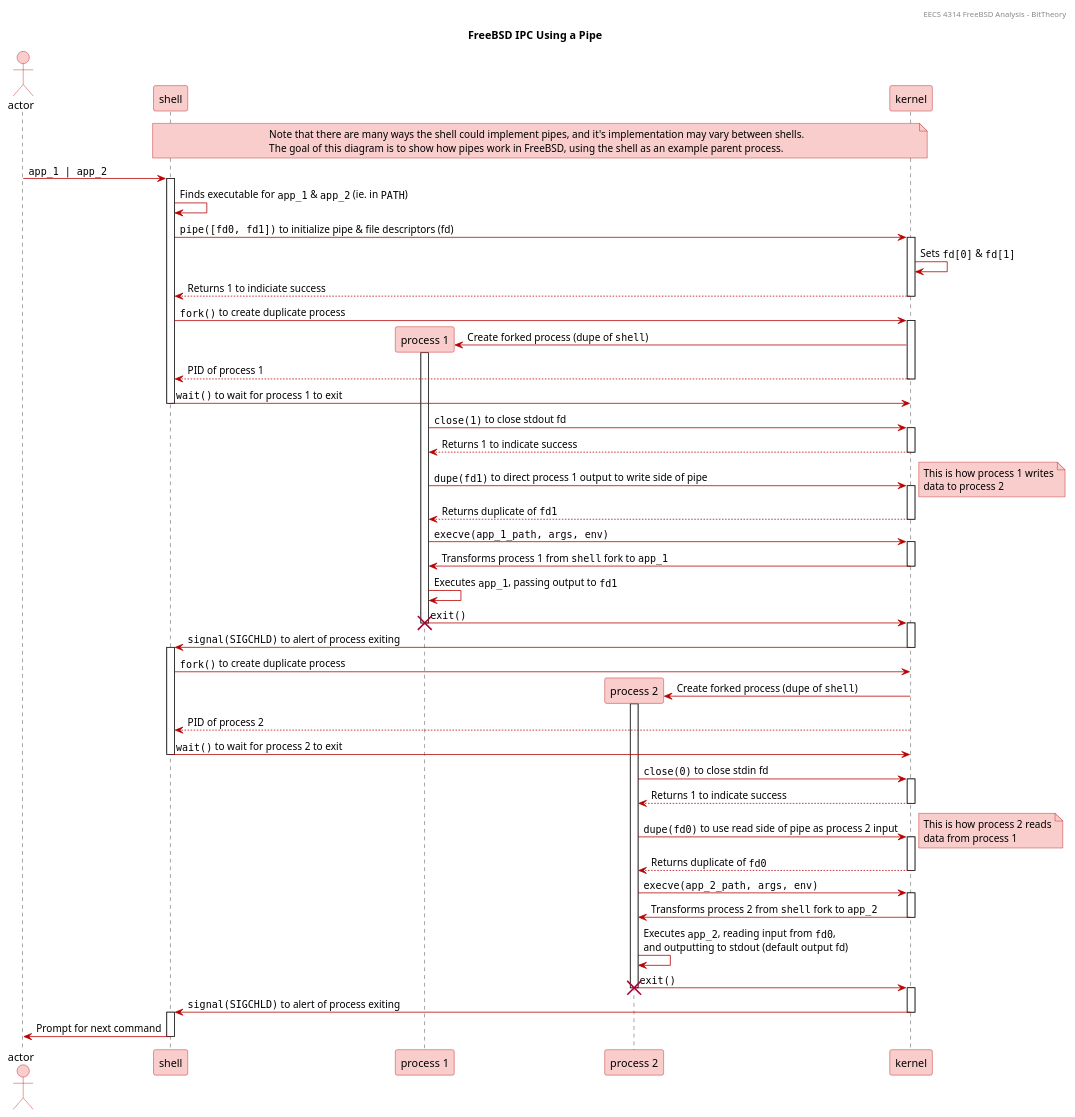
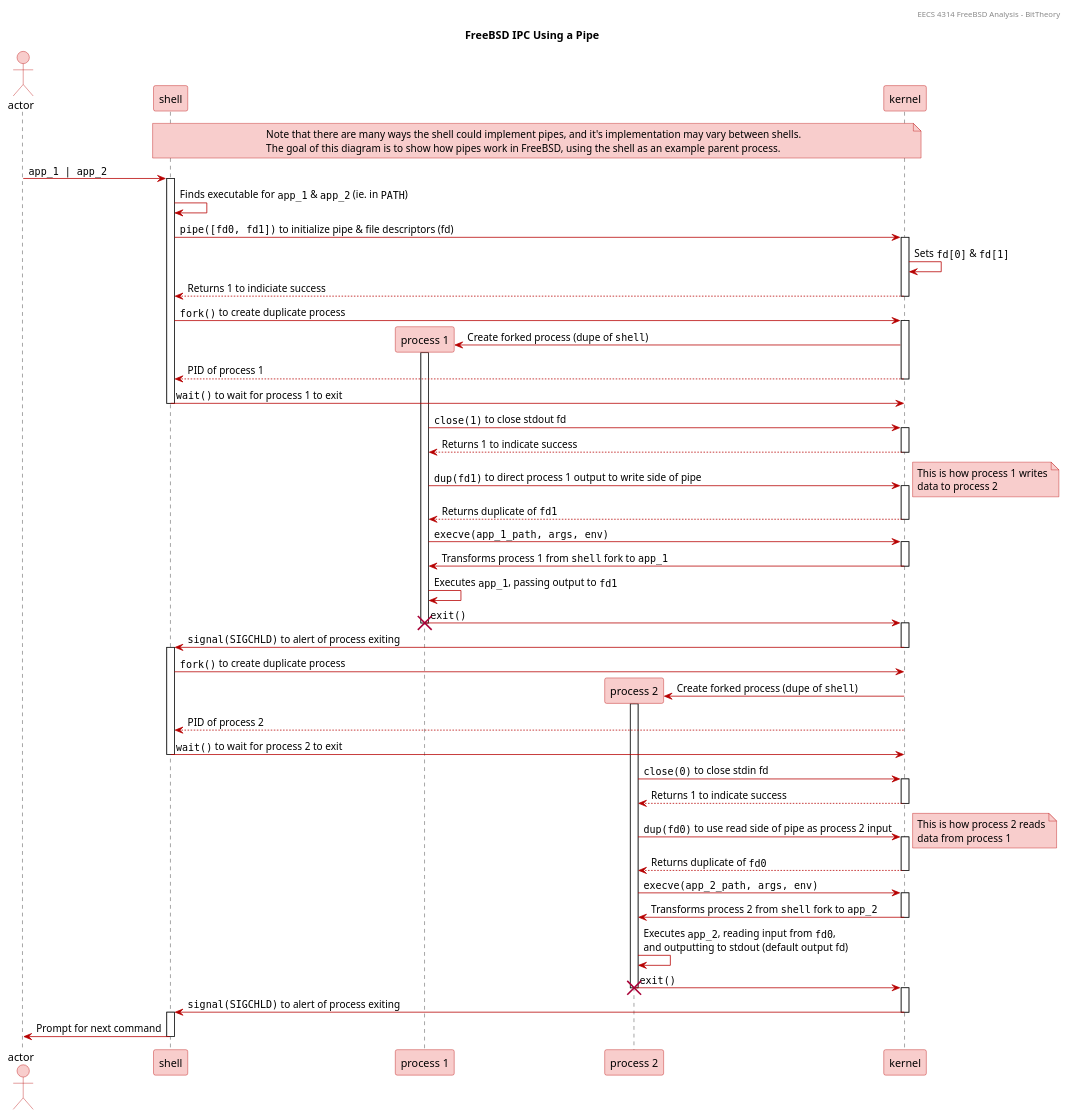
One commit to BitTheoryProject/eecs4314-reports changed the diagram in a2/assets/use_case_diagrams/pipe.pu. Above: the diagram before and after it, drawn with PlantUML. The commit also changed 1 other file, not shown here.

Commit message:
pipe use case

```diff
--- a/a2/assets/use_case_diagrams/pipe.pu
+++ b/a2/assets/use_case_diagrams/pipe.pu
@@ -1,111 +1,111 @@
 @startuml
 title FreeBSD IPC Using a Pipe
 header EECS 4314 FreeBSD Analysis - BitTheory
 
 skinparam {
     ArrowColor #B70000
 
     ActorBackgroundColor #F8CDCC
     ActorBorderColor #B70000
 
     NoteBackgroundColor #F8CDCC
     NoteBorderColor #B70000
 
     ParticipantBackgroundColor #F8CDCC
     ParticipantBorderColor #B70000
 
     NoteBackgroundColor #F8CDCC
     NoteBorderColor #B70000
 
     DatabaseBackgroundColor #F8CDCC
     DatabaseBorderColor #B70000
 }
 
 note over shell, kernel: Note that there are many ways the shell could implement pipes, and it's implementation may vary between shells.\nThe goal of this diagram is to show how pipes work in FreeBSD, using the shell as an example parent process.
 
 actor actor
 participant "shell"
 participant "process 1"
 participant "process 2"
 participant "kernel"
 
 actor -> shell: ""app_1 | app_2""
 
 shell++
 
 shell -> shell: Finds executable for ""app_1"" & ""app_2"" (ie. in ""PATH"")
 shell -> kernel: ""pipe([fd0, fd1])"" to initialize pipe & file descriptors (fd)
 
 kernel ++
 kernel -> kernel: Sets ""fd[0]"" & ""fd[1]""
 kernel --> shell: Returns 1 to indiciate success
 kernel --
 shell -> kernel: ""fork()"" to create duplicate process
 kernel ++
 
 kernel -> "process 1" **: Create forked process (dupe of ""shell"")
 activate "process 1"
 kernel --> shell: PID of process 1
 kernel --
 shell -> kernel: ""wait()"" to wait for process 1 to exit
 shell --
 
 "process 1" -> kernel: ""close(1)"" to close stdout fd
 kernel ++
 kernel --> "process 1": Returns 1 to indicate success
 kernel --
-"process 1" -> kernel: ""dupe(fd1)"" to direct process 1 output to write side of pipe
+"process 1" -> kernel: ""dup(fd1)"" to direct process 1 output to write side of pipe
 kernel ++
 
 note right: This is how process 1 writes\ndata to process 2
 
 kernel --> "process 1": Returns duplicate of ""fd1""
 kernel --
 "process 1" -> kernel: ""execve(app_1_path, args, env)""
 kernel ++
 kernel -> "process 1": Transforms process 1 from ""shell"" fork to ""app_1""
 kernel --
 "process 1" -> "process 1": Executes ""app_1"", passing output to ""fd1""
 "process 1" -> kernel --: ""exit()""
 kernel ++
 destroy "process 1"
 
 kernel -> shell: ""signal(SIGCHLD)"" to alert of process exiting
 kernel --
 shell ++
 
 
 shell -> kernel: ""fork()"" to create duplicate process
 
 kernel -> "process 2" **: Create forked process (dupe of ""shell"")
 activate "process 2"
 kernel --> shell: PID of process 2
 shell -> kernel: ""wait()"" to wait for process 2 to exit
 shell --
 
 
 "process 2" -> kernel: ""close(0)"" to close stdin fd
 kernel ++
 kernel --> "process 2": Returns 1 to indicate success
 kernel --
-"process 2" -> kernel: ""dupe(fd0)"" to use read side of pipe as process 2 input
+"process 2" -> kernel: ""dup(fd0)"" to use read side of pipe as process 2 input
 kernel ++
 note right: This is how process 2 reads\ndata from process 1
 kernel --> "process 2": Returns duplicate of ""fd0""
 kernel --
 "process 2" -> kernel: ""execve(app_2_path, args, env)""
 kernel ++
 kernel -> "process 2": Transforms process 2 from ""shell"" fork to ""app_2""
 kernel --
 "process 2" -> "process 2": Executes ""app_2"", reading input from ""fd0"",\nand outputting to stdout (default output fd)
 "process 2" -> kernel: ""exit()""
 destroy "process 2"
 kernel ++
 
 kernel -> shell: ""signal(SIGCHLD)"" to alert of process exiting
 kernel --
 shell ++
 
 shell -> actor: Prompt for next command
 shell --
 @enduml
```
